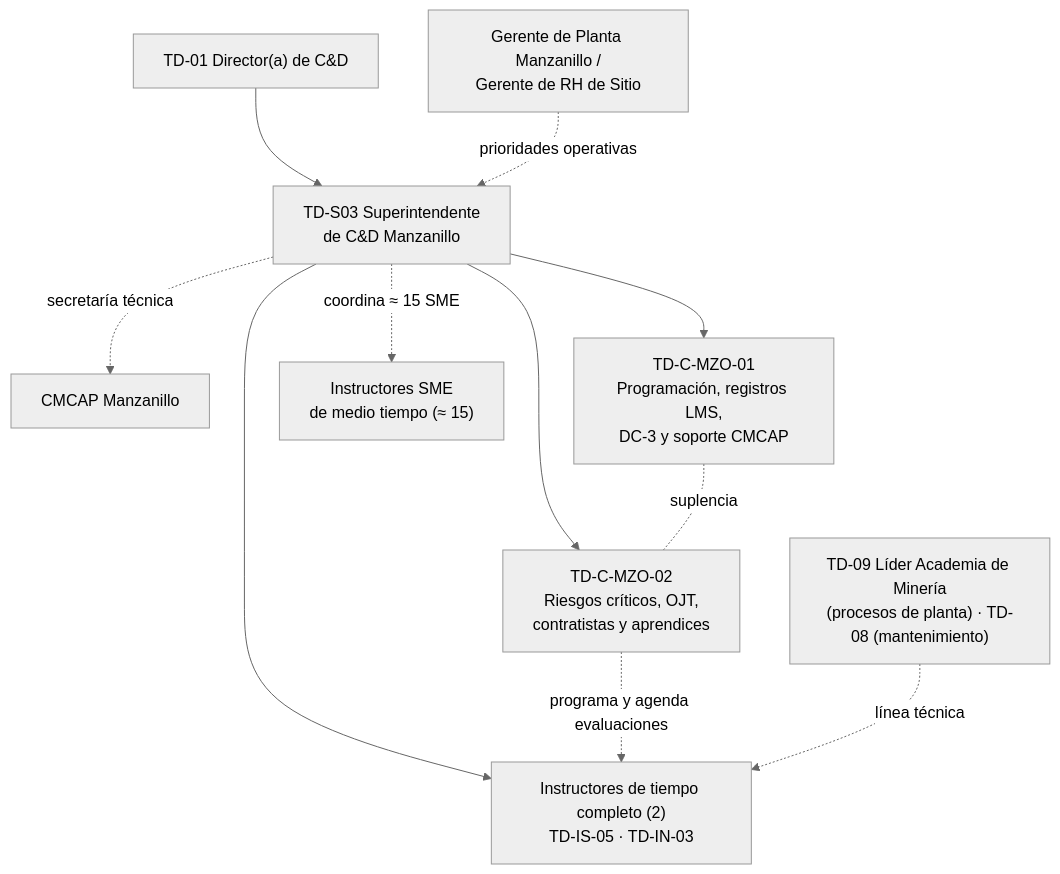
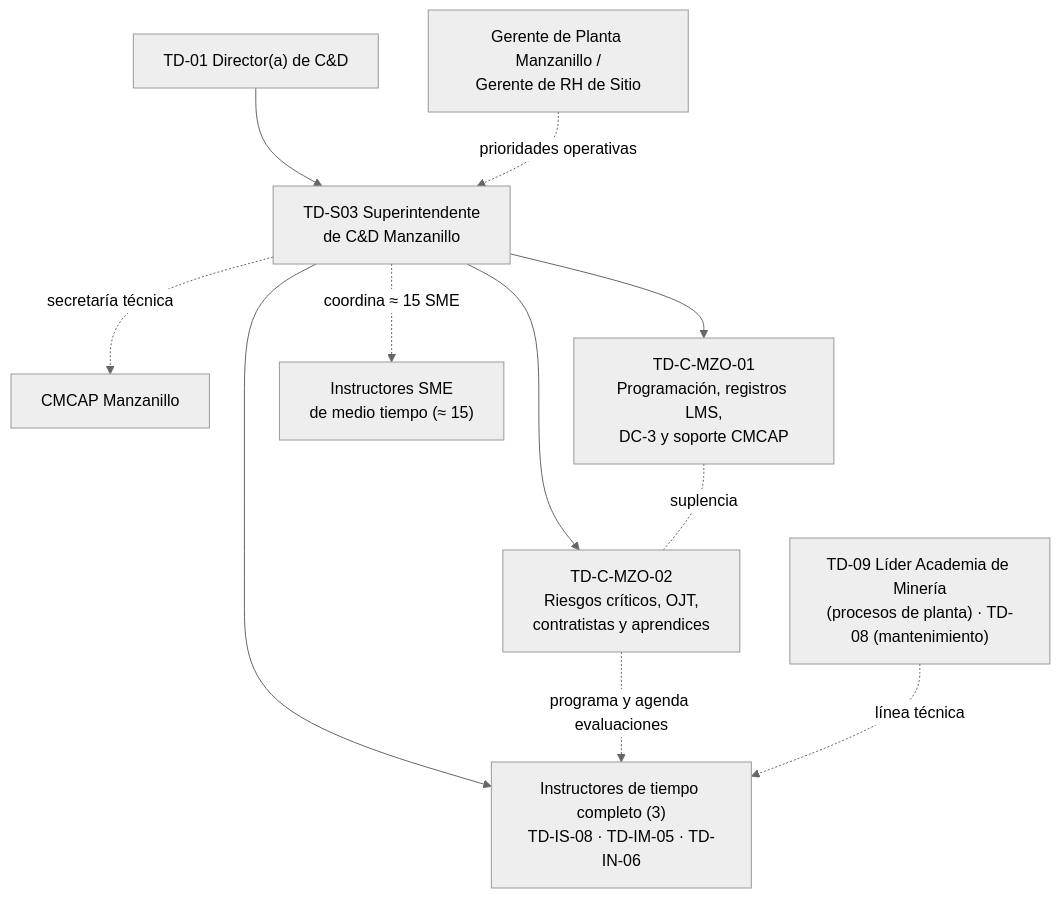
Before and after one commit to diegocardonaguzman03-maker/HR: the third of 5 diagrams in 03-department-design/org/04-equipos-de-sitio.md, drawn with Mermaid (neutral theme). The commit also changed other lines of this file and 1 other file, not shown here.

````diff
--- a/03-department-design/org/04-equipos-de-sitio.md
+++ b/03-department-design/org/04-equipos-de-sitio.md
@@ -103,18 +103,18 @@
 ```mermaid
 flowchart TB
     DIR["TD-01 Director(a) de C&D"]
     DS["Gerente de Planta Manzanillo /<br/>Gerente de RH de Sitio"]
     CM["CMCAP Manzanillo"]
     AM["TD-09 Líder Academia de Minería<br/>(procesos de planta) · TD-08 (mantenimiento)"]
     S["TD-S03 Superintendente<br/>de C&D Manzanillo"]
     DIR --> S
     DS -. "prioridades operativas" .-> S
     S -. "secretaría técnica" .-> CM
     S --> C1["TD-C-MZO-01<br/>Programación, registros LMS,<br/>DC-3 y soporte CMCAP"]
     S --> C2["TD-C-MZO-02<br/>Riesgos críticos, OJT,<br/>contratistas y aprendices"]
     C1 -. "suplencia" .- C2
-    S --> I["Instructores de tiempo completo (2)<br/>TD-IS-05 · TD-IN-03"]
+    S --> I["Instructores de tiempo completo (3)<br/>TD-IS-08 · TD-IM-05 · TD-IN-06"]
     C2 -. "programa y agenda evaluaciones" .-> I
     AM -. "línea técnica" .-> I
     S -. "coordina ≈ 15 SME" .-> SME["Instructores SME<br/>de medio tiempo (≈ 15)"]
 ```
````
